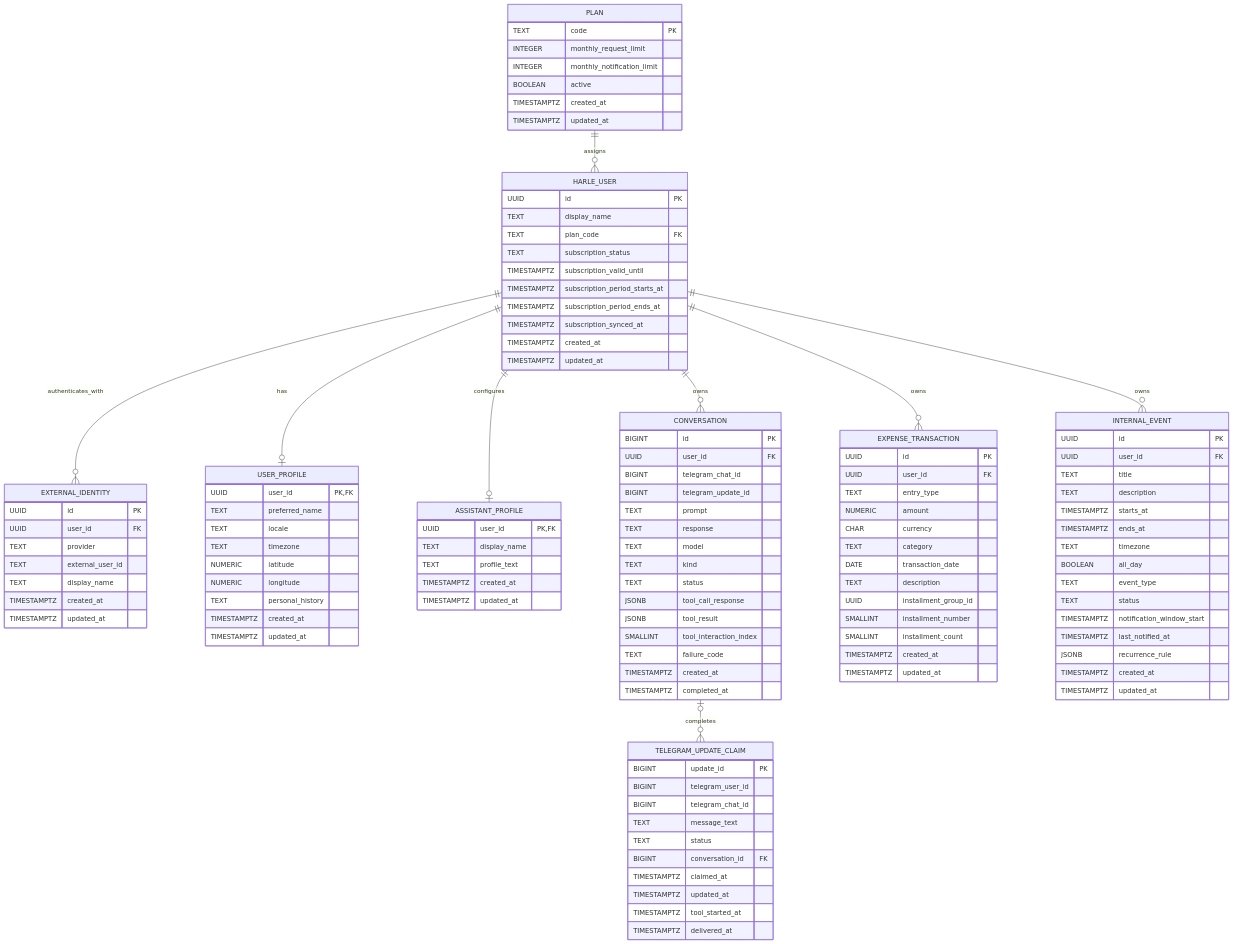
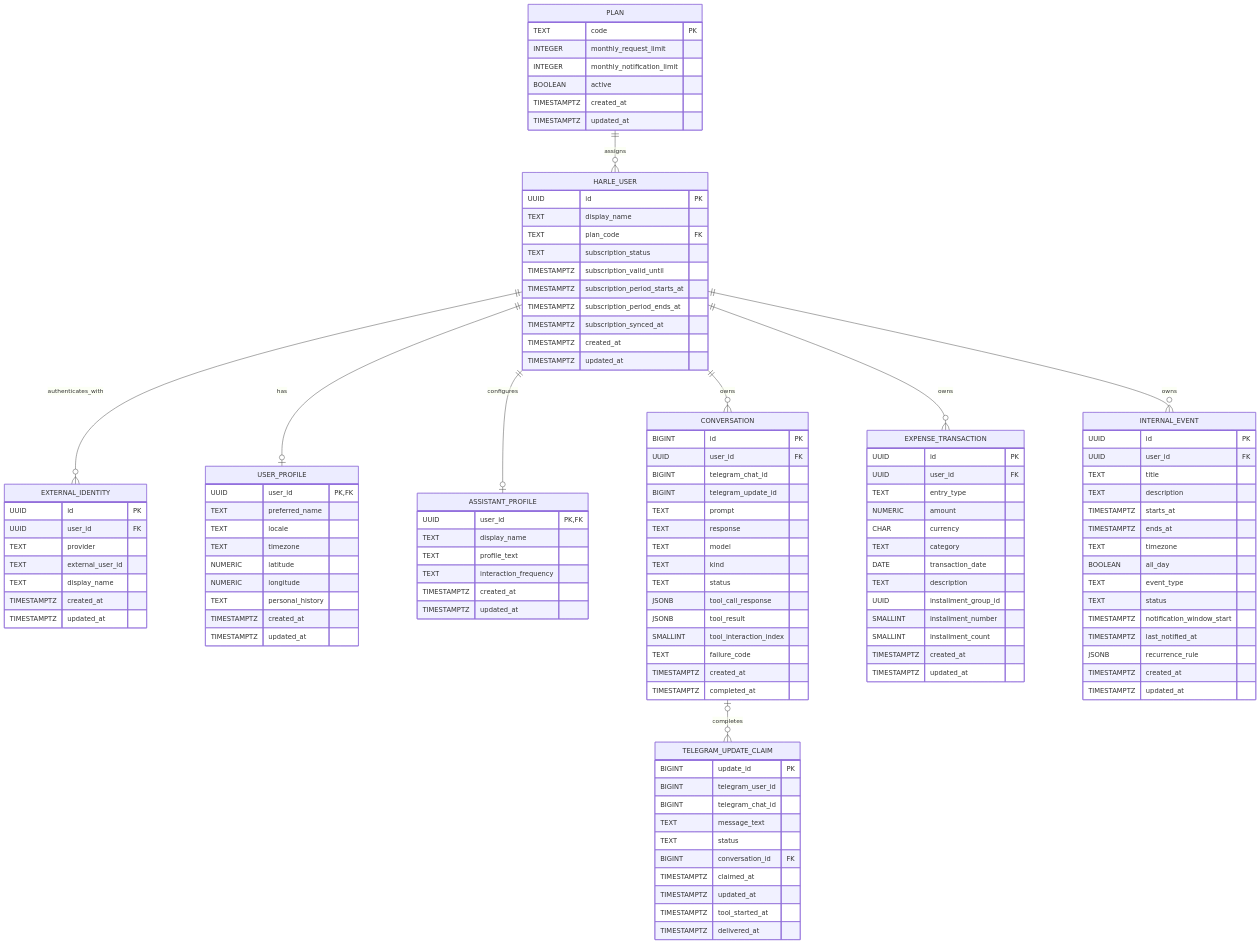
The first of 2 diagrams in docs/05_ERD.md (JuanJFarina/custom-gemini-cli), drawn with Mermaid before and after one commit. The commit also changed other lines of this file and 35 other files, not shown here.

Commit message:
improve interaction frequency

```diff
--- a/docs/05_ERD.md
+++ b/docs/05_ERD.md
@@ -63,6 +63,7 @@
         UUID user_id PK, FK
         TEXT display_name
         TEXT profile_text
+        TEXT interaction_frequency
         TIMESTAMPTZ created_at
         TIMESTAMPTZ updated_at
     }
```
